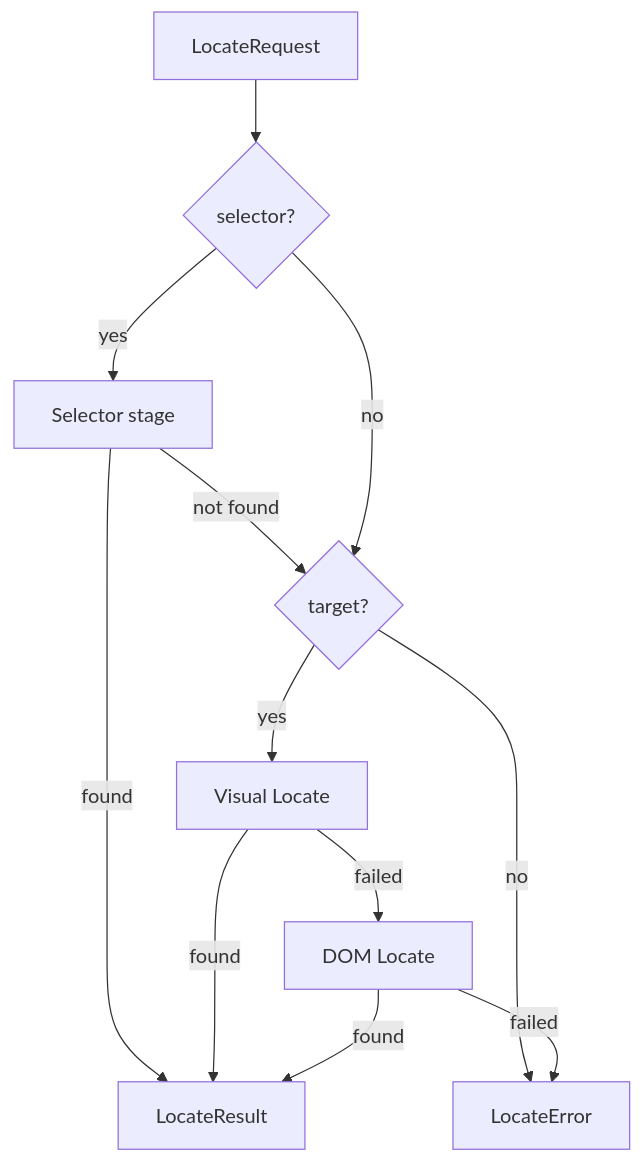
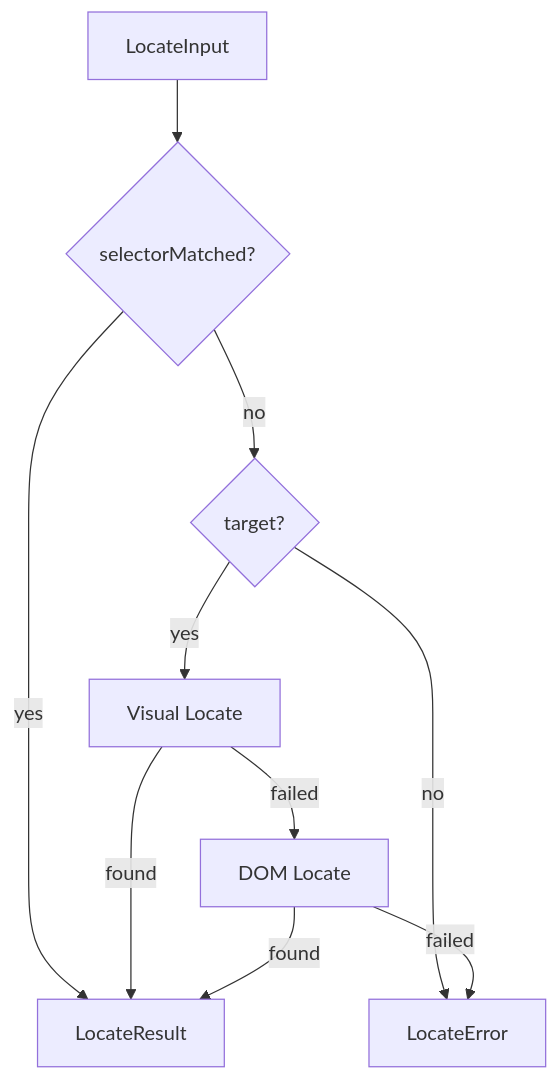
Before and after one commit to Min-gzm/Jevwright: the second of 3 diagrams in docs/tech/locator_technical_design.md, drawn with Mermaid. The commit also changed other lines of this file, not shown here.

````diff
--- a/docs/tech/locator_technical_design.md
+++ b/docs/tech/locator_technical_design.md
@@ -99,14 +118,12 @@
 ```mermaid
 flowchart TD
-  A[LocateRequest] --> B{selector?}
-  B -->|yes| C[Selector stage]
-  C -->|found| R[LocateResult]
-  C -->|not found| D{target?}
-  B -->|no| D
+  A[LocateInput] --> B{selectorMatched?}
+  B -->|yes| R[LocateResult]
+  B -->|no| D{target?}
   D -->|no| X[LocateError]
   D -->|yes| E[Visual Locate]
   E -->|found| R
   E -->|failed| F[DOM Locate]
   F -->|found| R
   F -->|failed| X
 ```
````
